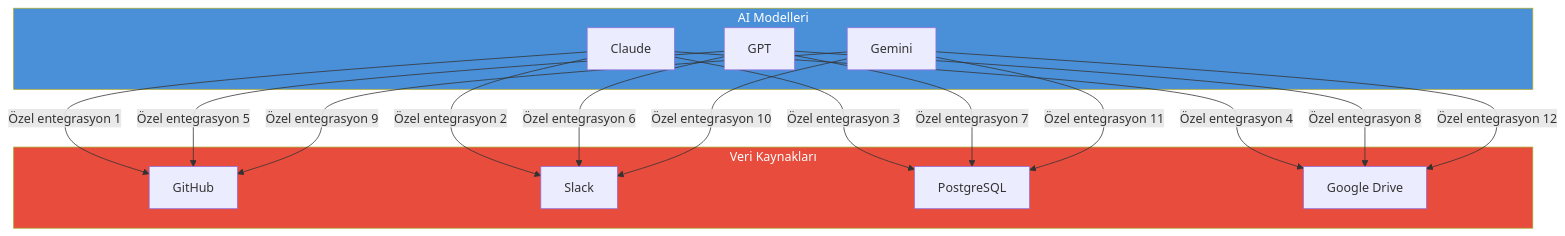
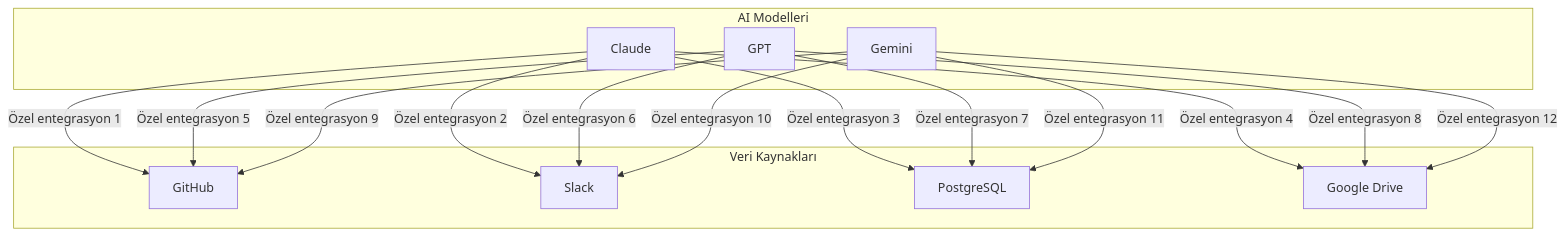
Before and after one commit to IzzetYasinAtes/ClaudeCodeHandbook: the second of 8 diagrams in 11-mcp/01-mcp-nedir.md, drawn with Mermaid. The commit also changed other lines of this file and 97 other files, not shown here.

Commit message:
Remove all custom Mermaid style/fill colors from 98 markdown files for consistent dark theme rendering

````diff
--- a/11-mcp/01-mcp-nedir.md
+++ b/11-mcp/01-mcp-nedir.md
@@ -57,31 +57,29 @@
 ```mermaid
 flowchart TD
     subgraph modeller ["AI Modelleri"]
         M1["Claude"]
         M2["GPT"]
         M3["Gemini"]
     end
 
     subgraph kaynaklar ["Veri Kaynakları"]
         K1["GitHub"]
         K2["Slack"]
         K3["PostgreSQL"]
         K4["Google Drive"]
     end
 
     M1 -->|"Özel entegrasyon 1"| K1
     M1 -->|"Özel entegrasyon 2"| K2
     M1 -->|"Özel entegrasyon 3"| K3
     M1 -->|"Özel entegrasyon 4"| K4
     M2 -->|"Özel entegrasyon 5"| K1
     M2 -->|"Özel entegrasyon 6"| K2
     M2 -->|"Özel entegrasyon 7"| K3
     M2 -->|"Özel entegrasyon 8"| K4
     M3 -->|"Özel entegrasyon 9"| K1
     M3 -->|"Özel entegrasyon 10"| K2
     M3 -->|"Özel entegrasyon 11"| K3
     M3 -->|"Özel entegrasyon 12"| K4
 
-    style modeller fill:#4A90D9,color:#fff
-    style kaynaklar fill:#E74C3C,color:#fff
 ```
````
